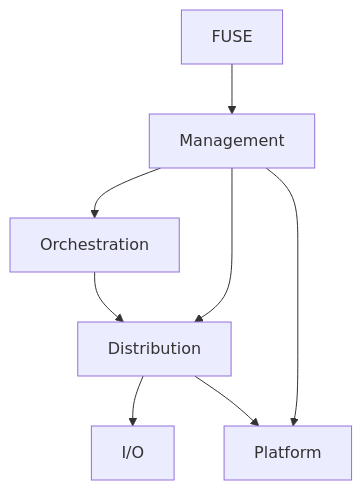
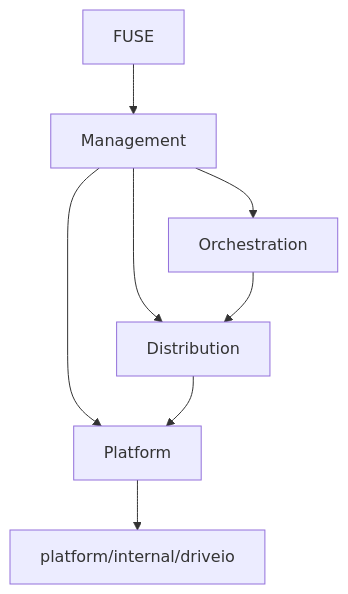
One commit to tetsup/flexraid changed the diagram in README.md. Above: the diagram before and after it, drawn with Mermaid. The commit also changed other lines of this file, not shown here.

Commit message:
docs: describe Platform physical drive access

````diff
--- a/README.md
+++ b/README.md
@@ -28,10 +28,10 @@
 ```mermaid
 flowchart TD
     FUSE --> Management
     Management --> Orchestration
     Management --> Distribution
     Orchestration --> Distribution
-    Distribution --> IO[I/O]
     Management --> Platform
     Distribution --> Platform
+    Platform --> DriveIO[platform/internal/driveio]
 ```
````
